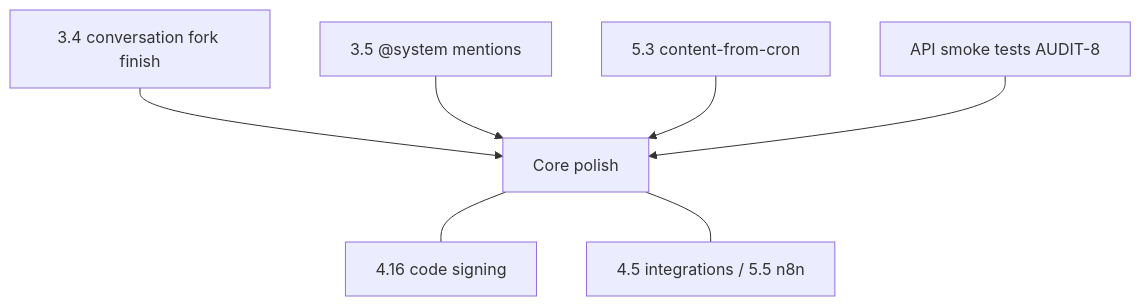
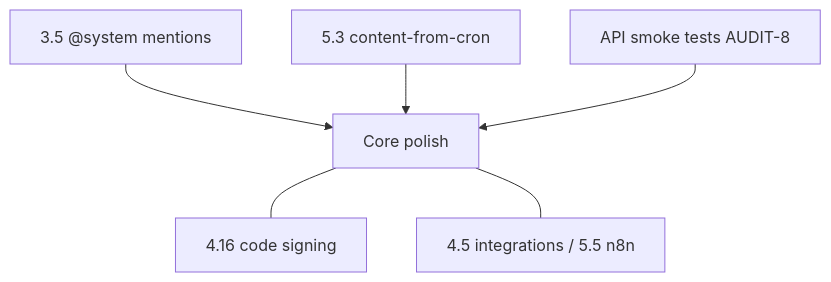
The second of 2 diagrams in docs/references/audit.md (karmsheel/hermes-forge), drawn with Mermaid before and after one commit. The commit also changed other lines of this file and 10 other files, not shown here.

First line of the commit message:
feat: complete conversation fork polish (3.4)

````diff
--- a/docs/references/audit.md
+++ b/docs/references/audit.md
@@ -188,9 +188,8 @@
 ```mermaid
 flowchart TD
-  P34["3.4 conversation fork finish"] --> Core["Core polish"]
-  P35["3.5 @system mentions"] --> Core
+  P35["3.5 @system mentions"] --> Core["Core polish"]
   P53["5.3 content-from-cron"] --> Core
   P8["API smoke tests AUDIT-8"] --> Core
   Core --- C1["4.16 code signing"]
   Core --- C2["4.5 integrations / 5.5 n8n"]
 ```
````
